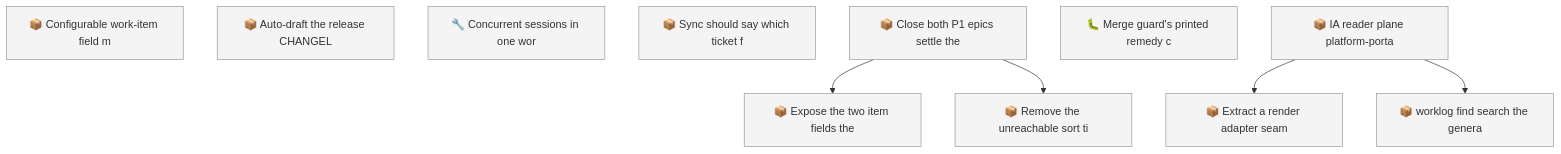
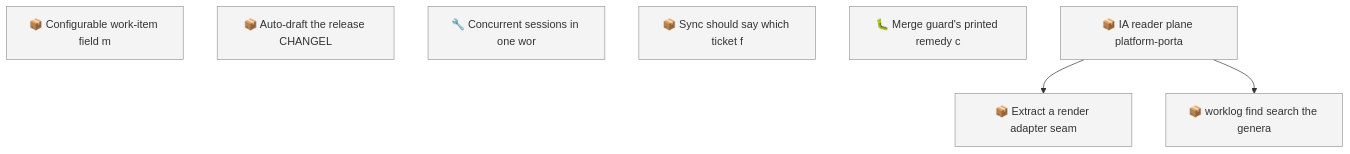
One commit to SpillwaveSolutions/wiki_ticket_sdd changed the first of 2 diagrams in docs/roadmap.md. Above: the diagram before and after it, drawn with Mermaid. The commit also changed other lines of this file and 19 other files, not shown here.

````diff
--- a/docs/roadmap.md
+++ b/docs/roadmap.md
@@ -61,20 +53,15 @@
 ```mermaid
 graph TD
     01KY5NE0ZYGBWG44N0KPEBFCZ8["📦 Configurable work-item field m"]
     01KYAC0AC01R4C6W7YY1X8NVRV["📦 Auto-draft the release CHANGEL"]
     01KYNHEV5GCR1MDNECAXFT0GK2["🔧 Concurrent sessions in one wor"]
     01KYNHEVDSD4BTASXCTV88Q80Q["📦 Sync should say which ticket f"]
-    01KYTJGK2WMX6PNMYQDFFFPGTP["📦 Close both P1 epics settle the"]
-    01KYTJGK2X700NYTZHB0JDE6Q1["📦 Expose the two item fields the"]
-    01KYTJGK2X98H9T7VVR879B0XC["📦 Remove the unreachable sort ti"]
     01KYWGJD1QCQRM6V6S0MWN5SCW["🐛 Merge guard's printed remedy c"]
     01KYWGM3KPNQNSWV03FRG23ADB["📦 IA reader plane platform-porta"]
     01KYWGM3R13Q33YZ3PJA3V7QMD["📦 Extract a render adapter seam"]
     01KYWGM3W958F3QK4HB52X1Q1X["📦 worklog find search the genera"]
-    01KYTJGK2WMX6PNMYQDFFFPGTP --> 01KYTJGK2X700NYTZHB0JDE6Q1
-    01KYTJGK2WMX6PNMYQDFFFPGTP --> 01KYTJGK2X98H9T7VVR879B0XC
     01KYWGM3KPNQNSWV03FRG23ADB --> 01KYWGM3R13Q33YZ3PJA3V7QMD
     01KYWGM3KPNQNSWV03FRG23ADB --> 01KYWGM3W958F3QK4HB52X1Q1X
     classDef todo fill:#f4f4f4,stroke:#999999
-    class 01KY5NE0ZYGBWG44N0KPEBFCZ8,01KYAC0AC01R4C6W7YY1X8NVRV,01KYNHEV5GCR1MDNECAXFT0GK2,01KYNHEVDSD4BTASXCTV88Q80Q,01KYTJGK2WMX6PNMYQDFFFPGTP,01KYTJGK2X700NYTZHB0JDE6Q1,01KYTJGK2X98H9T7VVR879B0XC,01KYWGJD1QCQRM6V6S0MWN5SCW,01KYWGM3KPNQNSWV03FRG23ADB,01KYWGM3R13Q33YZ3PJA3V7QMD,01KYWGM3W958F3QK4HB52X1Q1X todo
+    class 01KY5NE0ZYGBWG44N0KPEBFCZ8,01KYAC0AC01R4C6W7YY1X8NVRV,01KYNHEV5GCR1MDNECAXFT0GK2,01KYNHEVDSD4BTASXCTV88Q80Q,01KYWGJD1QCQRM6V6S0MWN5SCW,01KYWGM3KPNQNSWV03FRG23ADB,01KYWGM3R13Q33YZ3PJA3V7QMD,01KYWGM3W958F3QK4HB52X1Q1X todo
 ```
````
